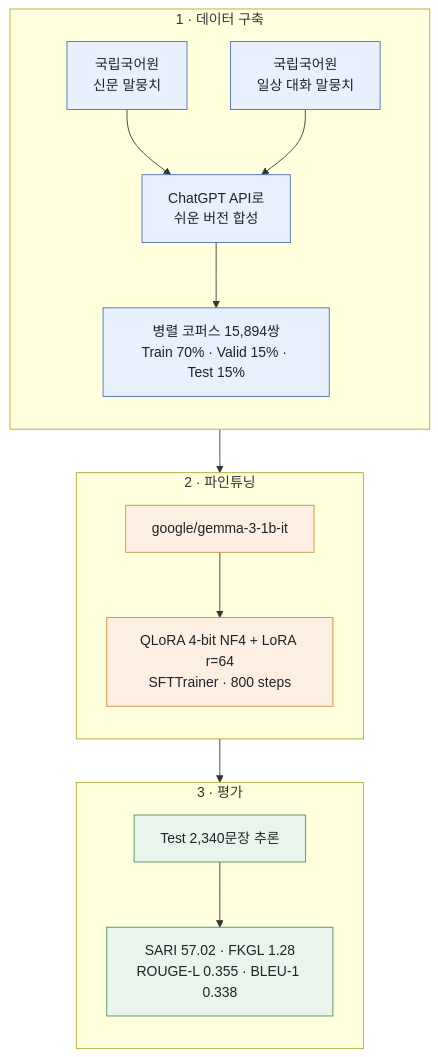
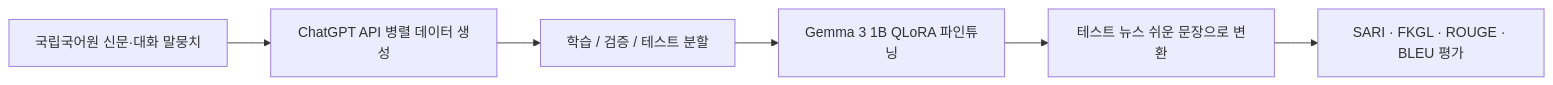
The diagram in projects/NLP_Newspaper_CUAI/README_KOR.md (han942/ai-ds-projects), drawn with Mermaid before and after one commit. The commit also changed 1 other file, not shown here.

Commit message:
Refactor architecture diagrams in README files for clarity and consistency

````diff
--- a/projects/NLP_Newspaper_CUAI/README_KOR.md
+++ b/projects/NLP_Newspaper_CUAI/README_KOR.md
@@ -7,29 +7,8 @@
 ```mermaid
-flowchart TB
-    subgraph S1["1 · 데이터 구축"]
-        direction TB
-        A["국립국어원<br/>신문 말뭉치"] --> C
-        B["국립국어원<br/>일상 대화 말뭉치"] --> C
-        C["ChatGPT API로<br/>쉬운 버전 합성"] --> D["병렬 코퍼스 15,894쌍<br/>Train 70% · Valid 15% · Test 15%"]
-    end
-
-    subgraph S2["2 · 파인튜닝"]
-        direction TB
-        E["google/gemma-3-1b-it"] --> F["QLoRA 4-bit NF4 + LoRA r=64<br/>SFTTrainer · 800 steps"]
-    end
-
-    subgraph S3["3 · 평가"]
-        direction TB
-        G["Test 2,340문장 추론"] --> H["SARI 57.02 · FKGL 1.28<br/>ROUGE-L 0.355 · BLEU-1 0.338"]
-    end
-
-    D --> F
-    F --> G
-
-    classDef data fill:#e8f0fe,stroke:#4a6da7,color:#1f2328
-    classDef train fill:#fdf0e3,stroke:#c98b3a,color:#1f2328
-    classDef eval fill:#e9f5ec,stroke:#4a8a5f,color:#1f2328
-    class A,B,C,D data
-    class E,F train
-    class G,H eval
+flowchart LR
+    A["국립국어원 신문·대화 말뭉치"] --> B["ChatGPT API 병렬 데이터 생성"]
+    B --> C["학습 / 검증 / 테스트 분할"]
+    C --> D["Gemma 3 1B QLoRA 파인튜닝"]
+    D --> E["테스트 뉴스 쉬운 문장으로 변환"]
+    E --> F["SARI · FKGL · ROUGE · BLEU 평가"]
 ```
````
